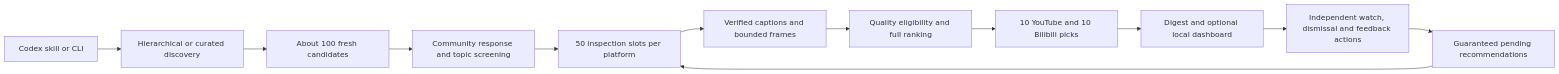
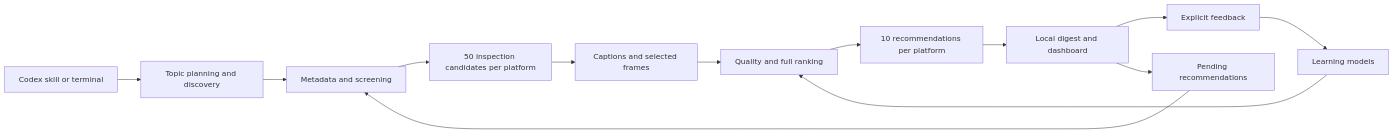
One commit to antidemosthenes/broader-vids changed the diagram in docs/ARCHITECTURE.md. Above: the diagram before and after it, drawn with Mermaid. The commit also changed other lines of this file and 28 other files, not shown here.

````diff
--- a/docs/ARCHITECTURE.md
+++ b/docs/ARCHITECTURE.md
@@ -42,14 +65,15 @@
 ```mermaid
 flowchart LR
-  A[Codex skill or CLI] --> B[Hierarchical or curated discovery]
-  B --> C[About 100 fresh candidates]
-  C --> D[Community response and topic screening]
-  P[Guaranteed pending recommendations] --> E[50 inspection slots per platform]
-  D --> E
-  E --> F[Verified captions and bounded frames]
-  F --> G[Quality eligibility and full ranking]
-  G --> H[10 YouTube and 10 Bilibili picks]
-  H --> I[Digest and optional local dashboard]
-  I --> J[Independent watch, dismissal and feedback actions]
-  J --> P
+  A[Codex skill or terminal] --> B[Topic planning and discovery]
+  B --> C[Metadata and screening]
+  P[Pending recommendations] --> C
+  C --> D[50 inspection candidates per platform]
+  D --> E[Captions and selected frames]
+  E --> F[Quality and full ranking]
+  F --> G[10 recommendations per platform]
+  G --> H[Local digest and dashboard]
+  H --> I[Explicit feedback]
+  I --> J[Learning models]
+  J --> F
+  H --> P
 ```
````
